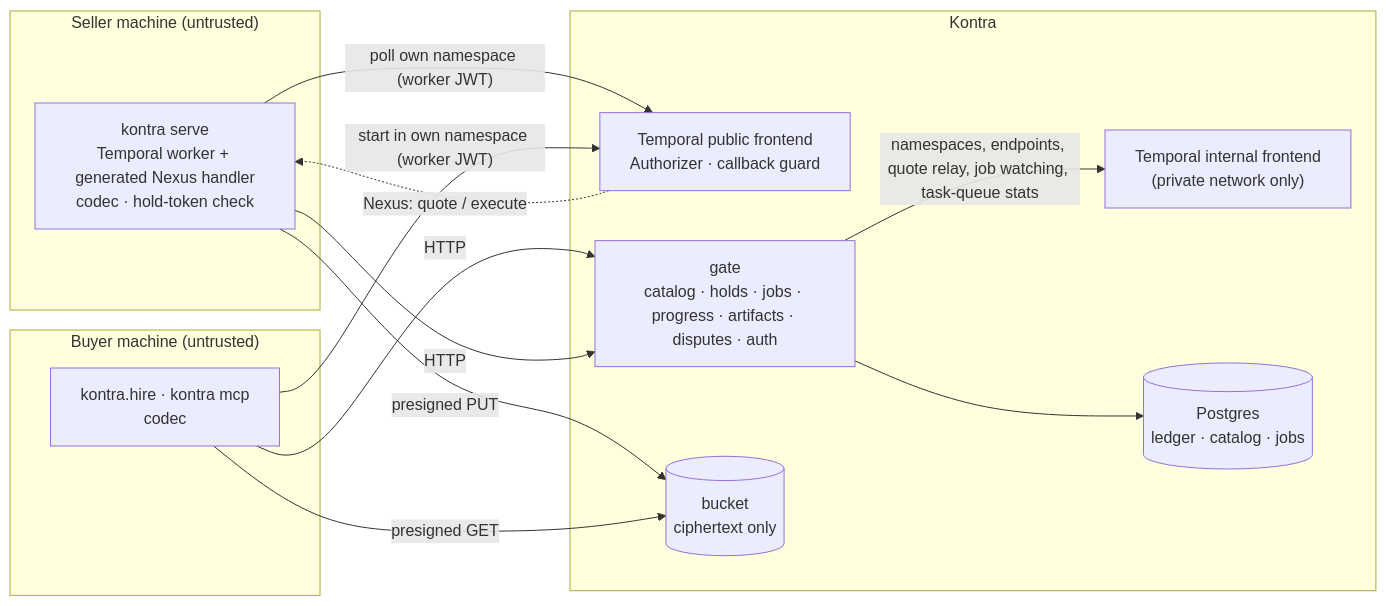
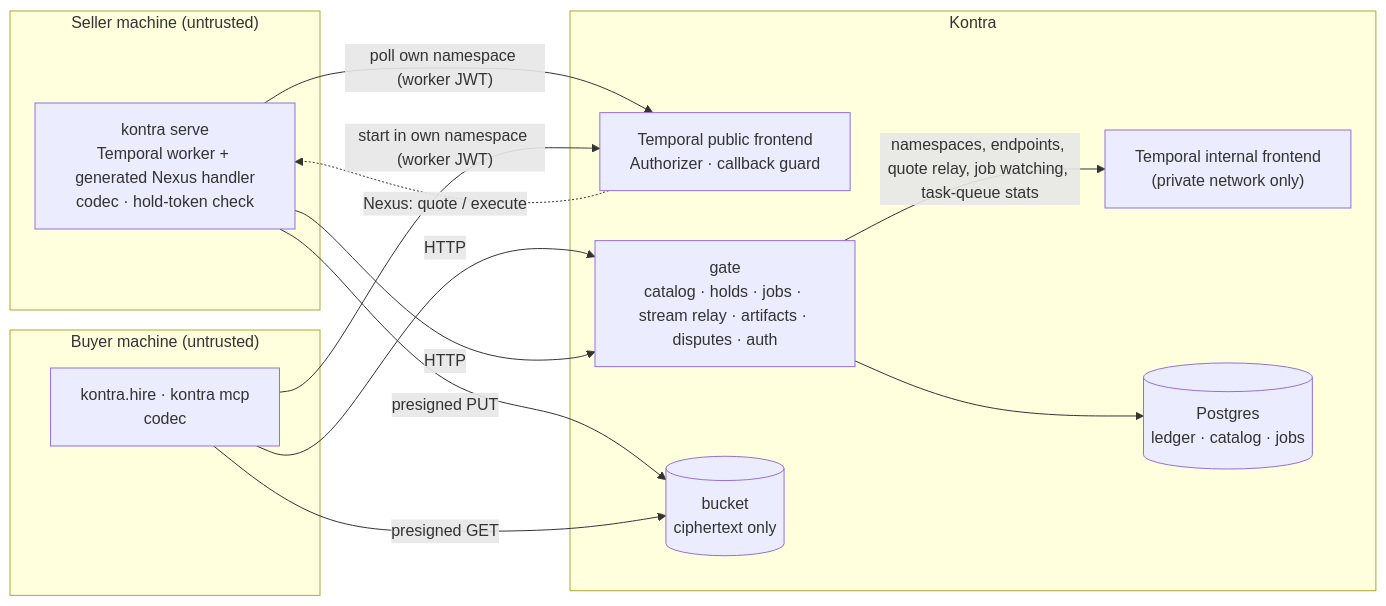
The diagram in docs/architecture.md (medmahmoudi26/kontra-sdk), drawn with Mermaid before and after one commit. The commit also changed other lines of this file and 9 other files, not shown here.

````diff
--- a/docs/architecture.md
+++ b/docs/architecture.md
@@ -21,25 +21,25 @@
 ```mermaid
 flowchart LR
   subgraph SELLER["Seller machine (untrusted)"]
     SW["kontra serve<br/>Temporal worker + generated Nexus handler<br/>codec · hold-token check"]
   end
   subgraph BUYER["Buyer machine (untrusted)"]
     BS["kontra.hire · kontra mcp<br/>codec"]
   end
   subgraph KONTRA["Kontra"]
     FE["Temporal public frontend<br/>Authorizer · callback guard"]
     IFE["Temporal internal frontend<br/>(private network only)"]
-    GATE["gate<br/>catalog · holds · jobs · progress · artifacts · disputes · auth"]
+    GATE["gate<br/>catalog · holds · jobs · stream relay · artifacts · disputes · auth"]
     DB[("Postgres<br/>ledger · catalog · jobs")]
     B[("bucket<br/>ciphertext only")]
   end
   SW -- "poll own namespace (worker JWT)" --> FE
   BS -- "start in own namespace (worker JWT)" --> FE
   FE -. "Nexus: quote / execute" .-> SW
   BS -- "HTTP" --> GATE
   SW -- "HTTP" --> GATE
   GATE --> DB
   GATE -- "namespaces, endpoints, quote relay, job watching, task-queue stats" --> IFE
   SW -- "presigned PUT" --> B
   BS -- "presigned GET" --> B
 ```
````
